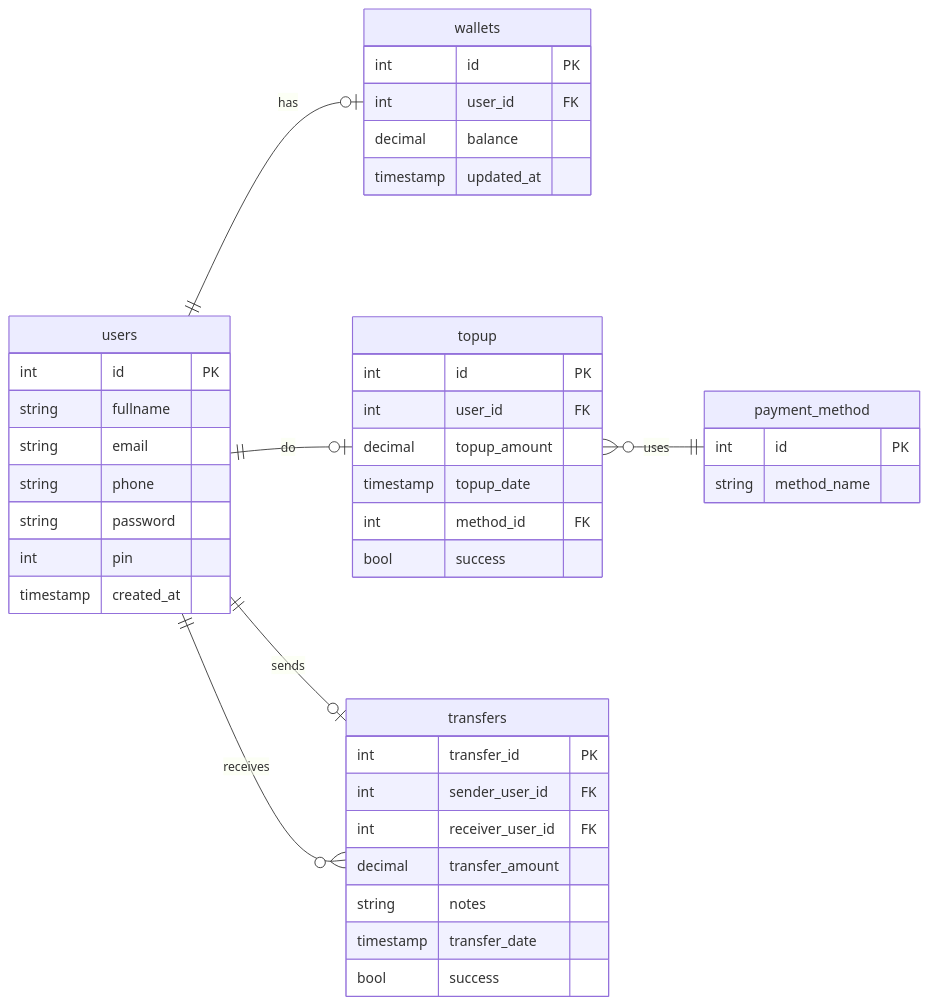
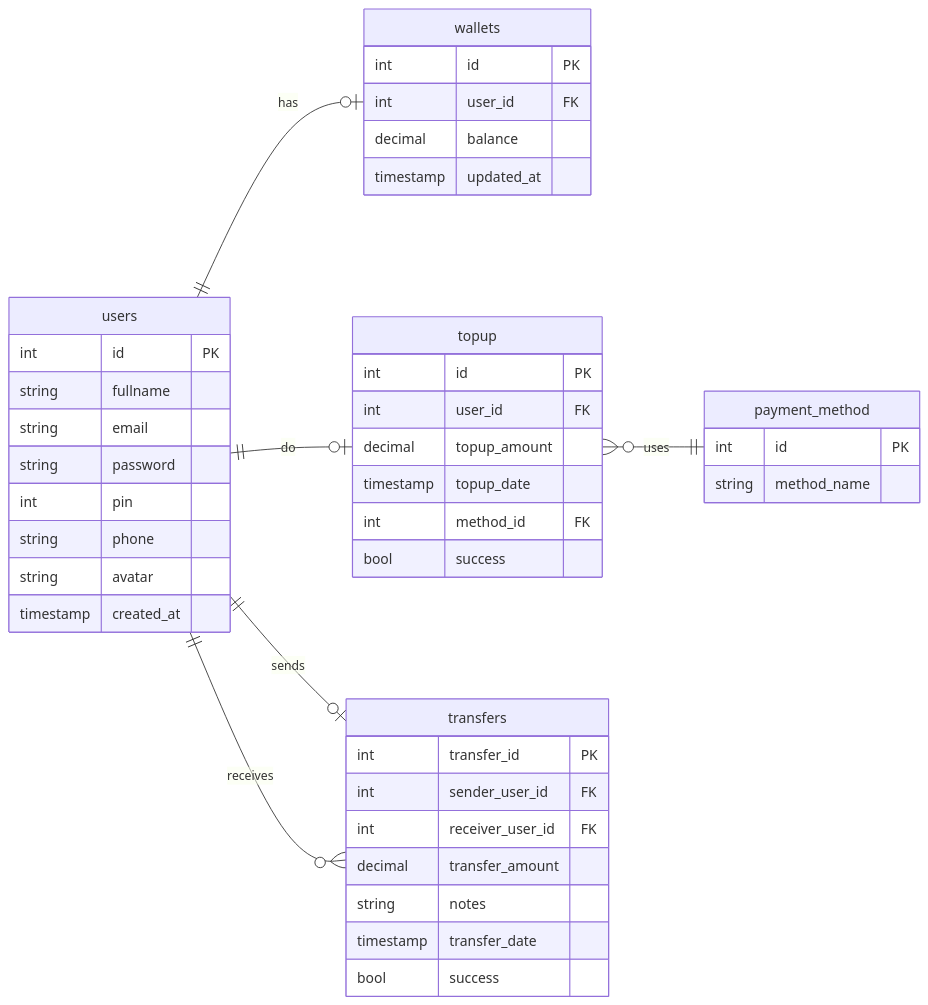
One commit to VsalCode/fgo24-be-weeklytask changed the diagram in README.md. Above: the diagram before and after it, drawn with Mermaid. The commit also changed other lines of this file, not shown here.

Commit message:
docs: add new endpoint and new user attribute

````diff
--- a/README.md
+++ b/README.md
@@ -22,51 +23,52 @@
   ```mermaid
 erDiagram
   direction LR
 
   users {
       int id PK
       string fullname
       string email
-      string phone
       string password
       int pin
+      string phone
+      string avatar
       timestamp created_at
   }
 
   wallets {
       int id PK
       int user_id FK
       decimal balance
       timestamp updated_at
   }
 
   topup {
       int id PK
       int user_id FK
       decimal topup_amount
       timestamp topup_date
       int method_id FK
       bool success
   }
 
   payment_method {
       int id PK
       string method_name
   }
 
   transfers {
       int transfer_id PK
       int sender_user_id FK
       int receiver_user_id FK
       decimal transfer_amount
       string notes
       timestamp transfer_date
       bool success
   }
 
   users ||--o| wallets: has
   users ||--o| topup: "do"
   topup }o--|| payment_method: "uses"
   users ||--o| transfers: "sends"
   users ||--o{ transfers: "receives"
   ```
````
